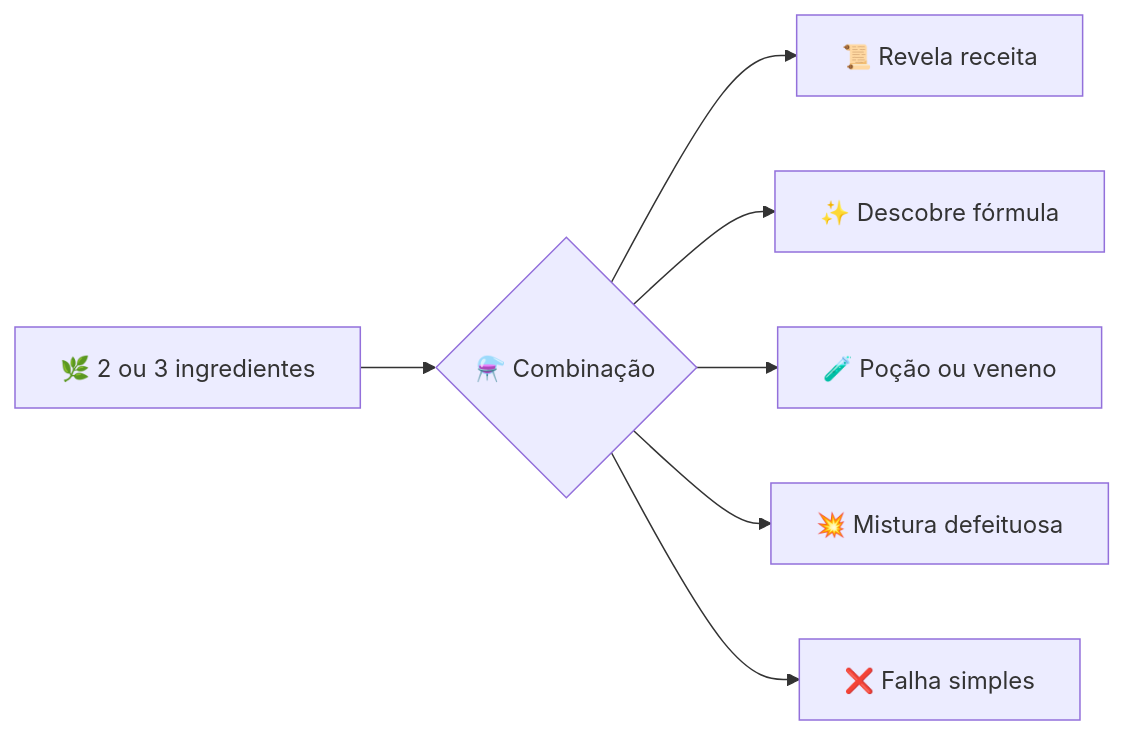
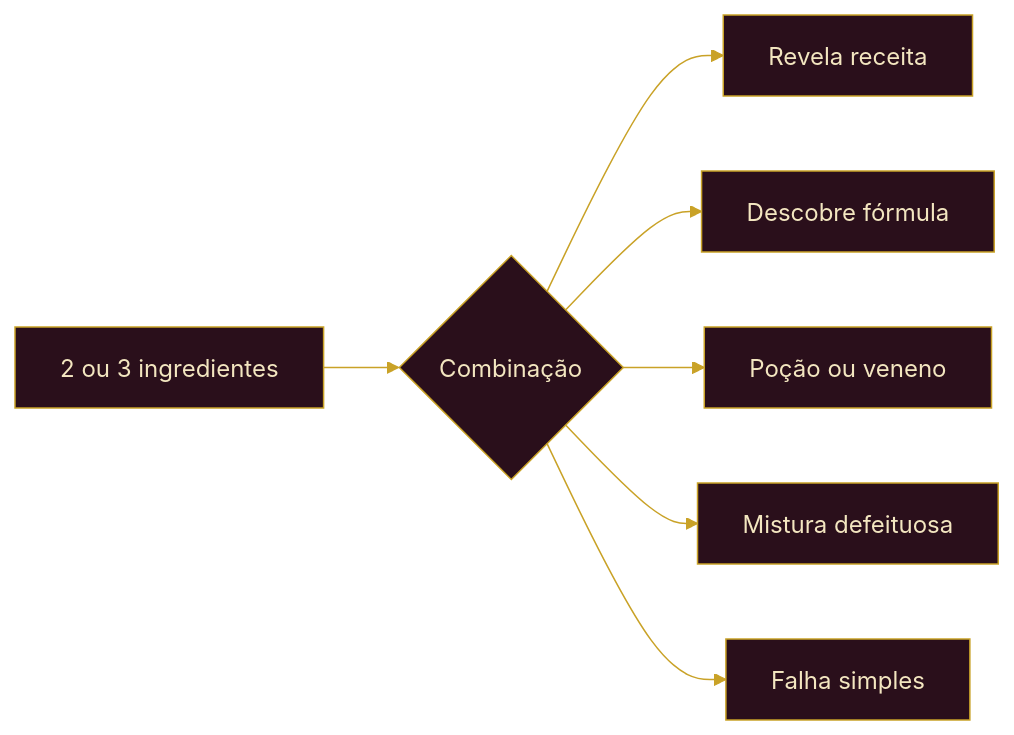
One commit to Larycronx/alchemy-system changed the diagram in README.md. Above: the diagram before and after it, drawn with Mermaid. The commit also changed other lines of this file, not shown here.

````diff
--- a/README.md
+++ b/README.md
@@ -215,9 +241,10 @@
 ```mermaid
+%%{init: {'theme':'base','themeVariables':{'primaryColor':'#2a0f1b','primaryTextColor':'#f3e6c0','primaryBorderColor':'#c9a227','lineColor':'#c9a227','secondaryColor':'#3a1626','tertiaryColor':'#1a0d12','fontFamily':'Georgia, serif'}}}%%
 flowchart LR
-    A[🌿 2 ou 3 ingredientes] --> B{⚗️ Combinação}
-    B --> C[📜 Revela receita]
-    B --> D[✨ Descobre fórmula]
-    B --> E[🧪 Poção ou veneno]
-    B --> F[💥 Mistura defeituosa]
-    B --> G[❌ Falha simples]
+    A["2 ou 3 ingredientes"] --> B{"Combinação"}
+    B --> C["Revela receita"]
+    B --> D["Descobre fórmula"]
+    B --> E["Poção ou veneno"]
+    B --> F["Mistura defeituosa"]
+    B --> G["Falha simples"]
 ```
````
